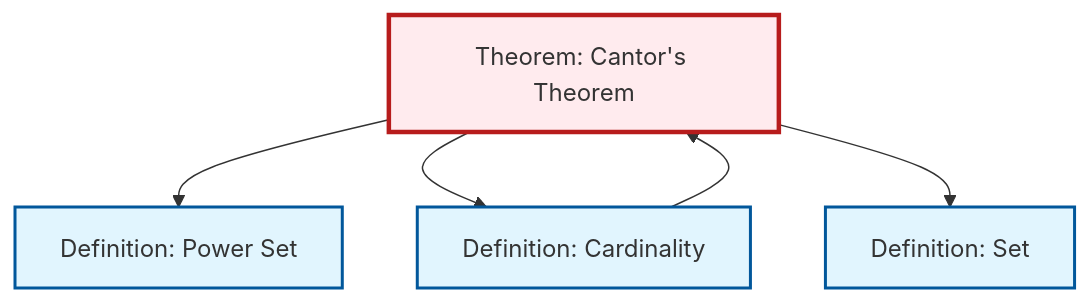
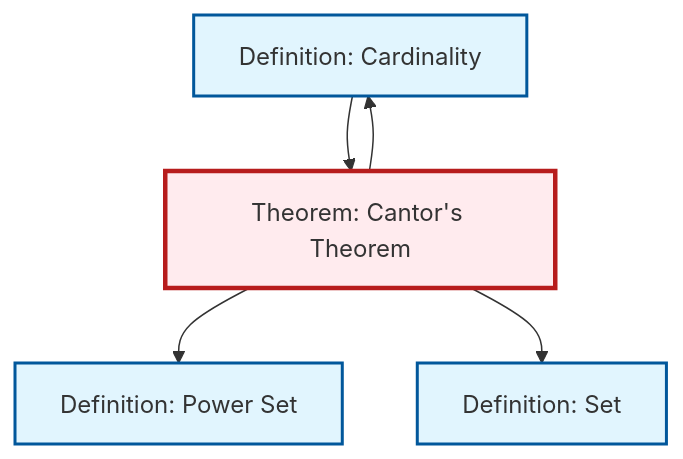
The second of 2 diagrams in content/en/logic-set-theory/thm-cantor.qmd (RK0429/ModernMath), drawn with Mermaid before and after one commit. The commit also changed other lines of this file and 597 other files, not shown here.

````diff
--- a/content/en/logic-set-theory/thm-cantor.qmd
+++ b/content/en/logic-set-theory/thm-cantor.qmd
@@ -71,21 +71,21 @@
 ```{mermaid}
 %%| fig-cap: "Local dependency graph"
 graph TD
     classDef definition fill:#e1f5fe,stroke:#01579b,stroke-width:2px
     classDef theorem fill:#f3e5f5,stroke:#4a148c,stroke-width:2px
     classDef axiom fill:#fff3e0,stroke:#e65100,stroke-width:2px
     classDef example fill:#e8f5e9,stroke:#1b5e20,stroke-width:2px
     classDef current fill:#ffebee,stroke:#b71c1c,stroke-width:3px
+    def-set["Definition: Set"]:::definition
+    def-cardinality["Definition: Cardinality"]:::definition
     def-power-set["Definition: Power Set"]:::definition
     thm-cantor["Theorem: Cantor's Theorem"]:::theorem
-    def-cardinality["Definition: Cardinality"]:::definition
-    def-set["Definition: Set"]:::definition
     thm-cantor --> def-power-set
+    def-cardinality --> thm-cantor
     thm-cantor --> def-cardinality
-    def-cardinality --> thm-cantor
     thm-cantor --> def-set
     class thm-cantor current
+    click def-set "def-set.html" "Go to Set definition"
+    click def-cardinality "def-cardinality.html" "Go to Cardinality definition"
     click def-power-set "def-power-set.html" "Go to Power Set definition"
-    click def-cardinality "def-cardinality.html" "Go to Cardinality definition"
-    click def-set "def-set.html" "Go to Set definition"
 ```
````
